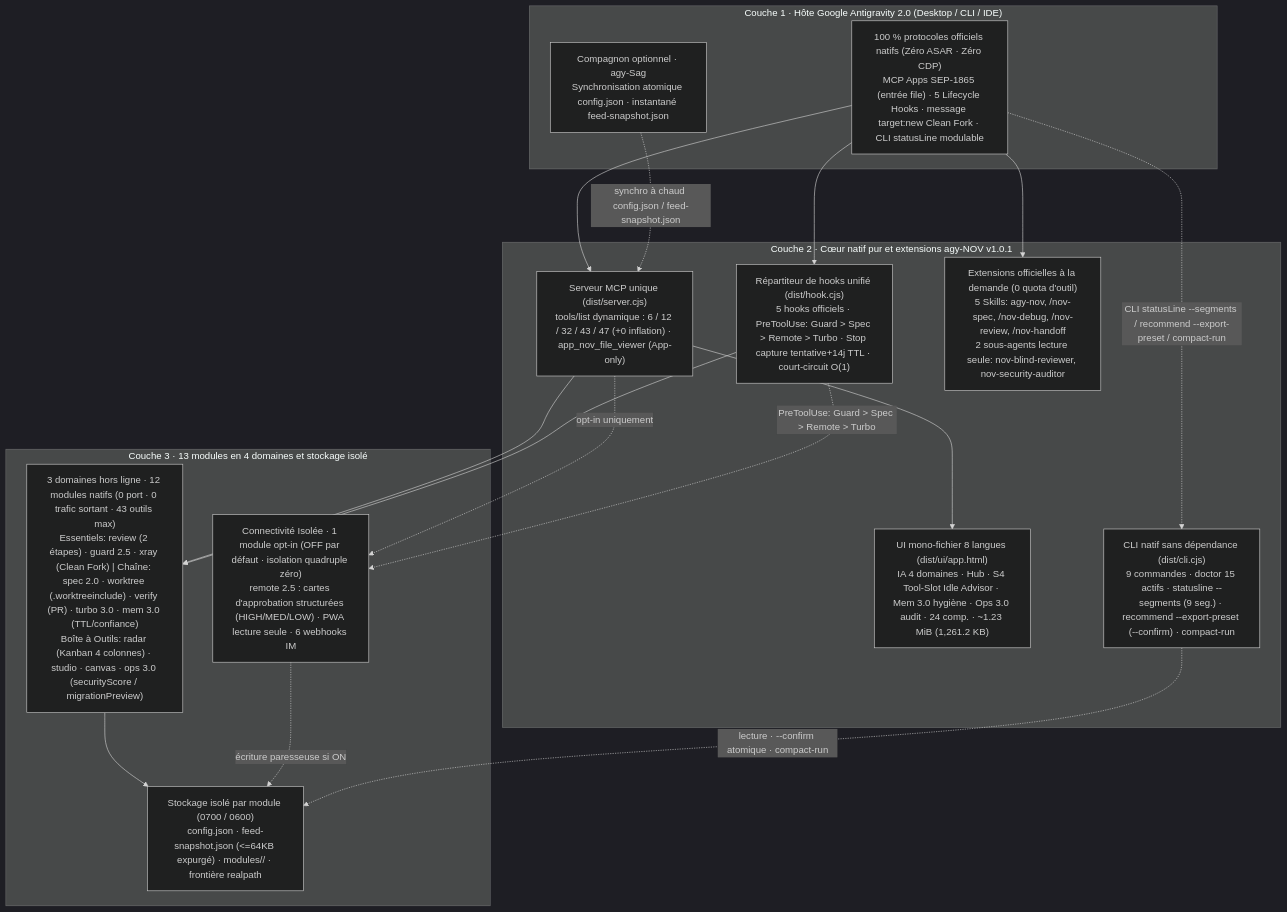
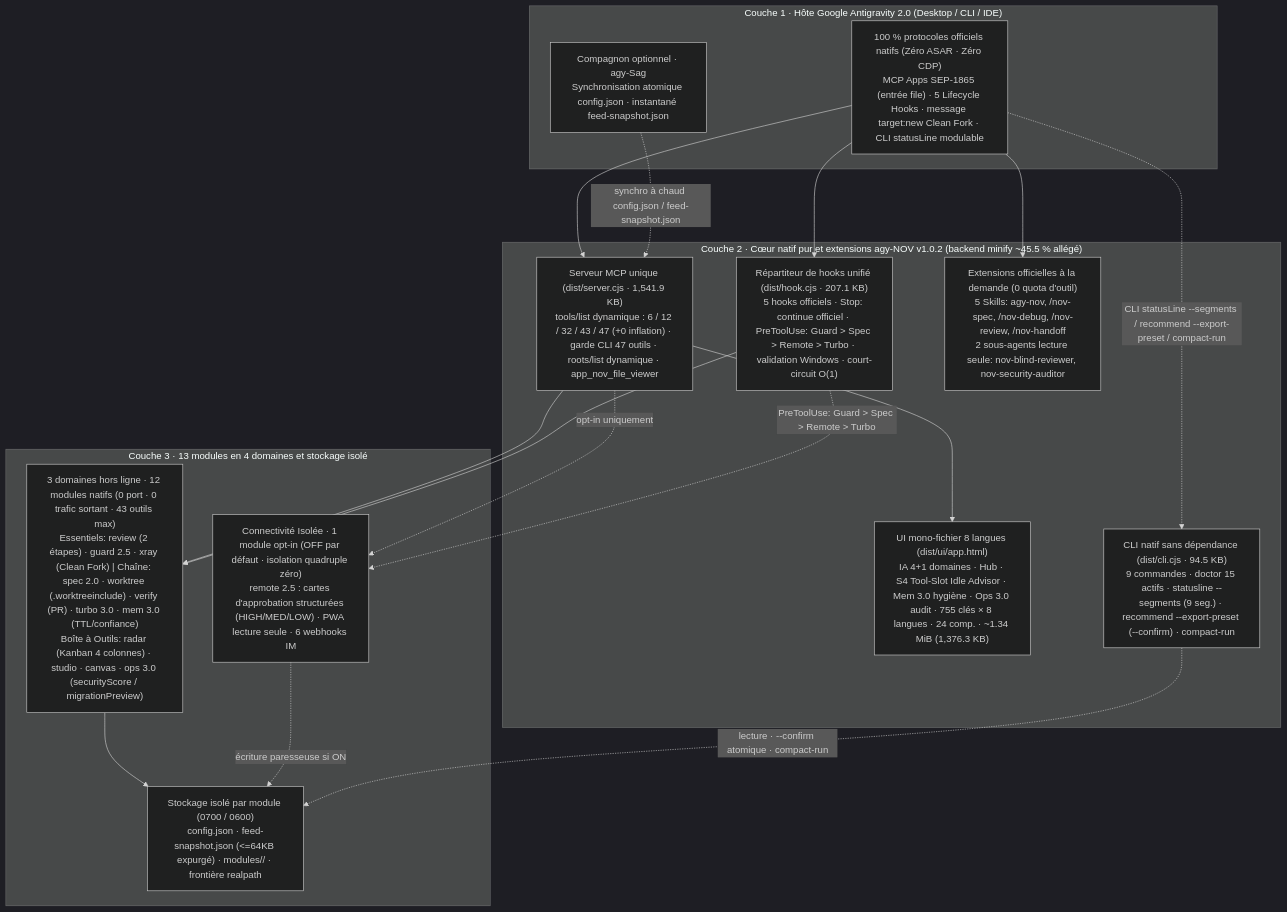
Before and after one commit to tone-leh/agy-NOV: the diagram in docs/i18n/README.fr.md, drawn with Mermaid (dark theme). The commit also changed other lines of this file and 84 other files, not shown here.

Commit message:
fix(v1.0.2): Antigravity 2.35+ runtime hardening, CLI 47-tool gate, dynamic roots, 755-key 8-locale UI & 45% bundle minification

````diff
--- a/docs/i18n/README.fr.md
+++ b/docs/i18n/README.fr.md
@@ -241,35 +245,35 @@
 ```mermaid
 flowchart TB
   subgraph L1["Couche 1 · Hôte Google Antigravity 2.0 (Desktop / CLI / IDE)"]
     Host["100 % protocoles officiels natifs (Zéro ASAR · Zéro CDP)\nMCP Apps SEP-1865 (entrée file) · 5 Lifecycle Hooks · message target:new Clean Fork · CLI statusLine modulable"]
     Sag["Compagnon optionnel · agy-Sag\nSynchronisation atomique config.json · instantané feed-snapshot.json"]
   end
 
-  subgraph L2["Couche 2 · Cœur natif pur et extensions agy-NOV v1.0.1"]
-    MCP["Serveur MCP unique (dist/server.cjs)\ntools/list dynamique : 6 / 12 / 32 / 43 / 47 (+0 inflation) · app_nov_file_viewer (App-only)"]
-    Hook["Répartiteur de hooks unifié (dist/hook.cjs)\n5 hooks officiels · PreToolUse: Guard > Spec > Remote > Turbo · Stop capture tentative+14j TTL · court-circuit O(1)"]
-    UI["UI mono-fichier 8 langues (dist/ui/app.html)\nIA 4 domaines · Hub · S4 Tool-Slot Idle Advisor · Mem 3.0 hygiène · Ops 3.0 audit · 24 comp. · ~1.23 MiB (1,261.2 KB)"]
+  subgraph L2["Couche 2 · Cœur natif pur et extensions agy-NOV v1.0.2 (backend minify ~45.5 % allégé)"]
+    MCP["Serveur MCP unique (dist/server.cjs · 1,541.9 KB)\ntools/list dynamique : 6 / 12 / 32 / 43 / 47 (+0 inflation) · garde CLI 47 outils · roots/list dynamique · app_nov_file_viewer"]
+    Hook["Répartiteur de hooks unifié (dist/hook.cjs · 207.1 KB)\n5 hooks officiels · Stop: continue officiel · PreToolUse: Guard > Spec > Remote > Turbo · validation Windows · court-circuit O(1)"]
+    UI["UI mono-fichier 8 langues (dist/ui/app.html)\nIA 4+1 domaines · Hub · S4 Tool-Slot Idle Advisor · Mem 3.0 hygiène · Ops 3.0 audit · 755 clés × 8 langues · 24 comp. · ~1.34 MiB (1,376.3 KB)"]
     Ext["Extensions officielles à la demande (0 quota d'outil)\n5 Skills: agy-nov, /nov-spec, /nov-debug, /nov-review, /nov-handoff\n2 sous-agents lecture seule: nov-blind-reviewer, nov-security-auditor"]
-    CLI["CLI natif sans dépendance (dist/cli.cjs)\n9 commandes · doctor 15 actifs · statusline --segments (9 seg.) · recommend --export-preset (--confirm) · compact-run"]
+    CLI["CLI natif sans dépendance (dist/cli.cjs · 94.5 KB)\n9 commandes · doctor 15 actifs · statusline --segments (9 seg.) · recommend --export-preset (--confirm) · compact-run"]
   end
 
   subgraph L3["Couche 3 · 13 modules en 4 domaines et stockage isolé"]
     T1["3 domaines hors ligne · 12 modules natifs (0 port · 0 trafic sortant · 43 outils max)\nEssentiels: review (2 étapes) · guard 2.5 · xray (Clean Fork) | Chaîne: spec 2.0 · worktree (.worktreeinclude) · verify (PR) · turbo 3.0 · mem 3.0 (TTL/confiance)\nBoîte à Outils: radar (Kanban 4 colonnes) · studio · canvas · ops 3.0 (securityScore / migrationPreview)"]
     T2R["Connectivité Isolée · 1 module opt-in (OFF par défaut · isolation quadruple zéro)\nremote 2.5 : cartes d'approbation structurées (HIGH/MED/LOW) · PWA lecture seule · 6 webhooks IM"]
     Store["Stockage isolé par module (0700 / 0600)\nconfig.json · feed-snapshot.json (<=64KB expurgé) · modules/<id>/ · frontière realpath"]
   end
 
   Host --> MCP
   Host --> Hook
   Host --> Ext
   Host -. "CLI statusLine --segments / recommend --export-preset / compact-run" .-> CLI
   Sag -. "synchro à chaud config.json / feed-snapshot.json" .-> MCP
   MCP --> UI
   MCP --> T1
   MCP -. "opt-in uniquement" .-> T2R
   Hook --> T1
   Hook -. "PreToolUse: Guard > Spec > Remote > Turbo" .-> T2R
   T1 --> Store
   T2R -. "écriture paresseuse si ON" .-> Store
   CLI -. "lecture · --confirm atomique · compact-run" .-> Store
 ```
````
